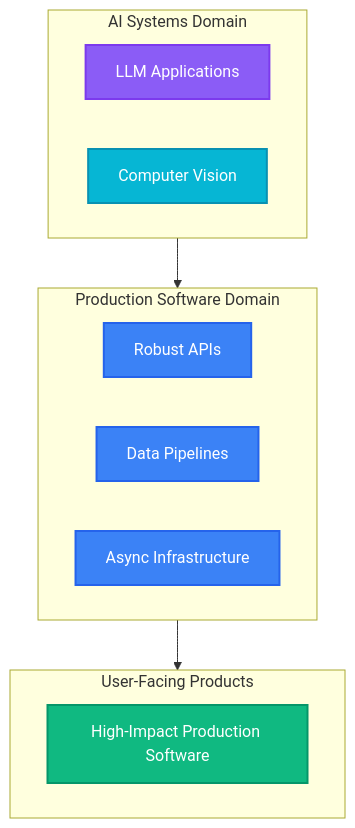
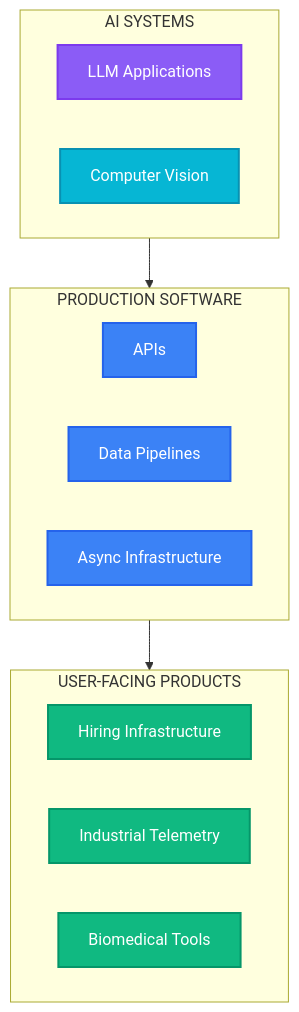
The seventh of 7 diagrams in README.md (Basharameez/my-portfolio), drawn with Mermaid before and after one commit. The commit also changed other lines of this file, not shown here.

Commit message:
feat: mobile app OS inspired colorful AI systems portfolio README

````diff
--- a/README.md
+++ b/README.md
@@ -563,25 +695,27 @@
 ```mermaid
 flowchart TD
     classDef violet fill:#8B5CF6,stroke:#7C3AED,color:#FFFFFF,stroke-width:2px;
     classDef cyan fill:#06B6D4,stroke:#0891B2,color:#FFFFFF,stroke-width:2px;
     classDef blue fill:#3B82F6,stroke:#2563EB,color:#FFFFFF,stroke-width:2px;
     classDef emerald fill:#10B981,stroke:#059669,color:#FFFFFF,stroke-width:2px;
 
-    subgraph AISystems ["AI Systems Domain"]
+    subgraph AI["AI SYSTEMS"]
         A1[LLM Applications]:::violet
         A2[Computer Vision]:::cyan
     end
 
-    subgraph SoftwareProd ["Production Software Domain"]
-        B1[Robust APIs]:::blue
+    subgraph SOFTWARE["PRODUCTION SOFTWARE"]
+        B1[APIs]:::blue
         B2[Data Pipelines]:::blue
         B3[Async Infrastructure]:::blue
     end
 
-    subgraph Products ["User-Facing Products"]
-        C1[High-Impact Production Software]:::emerald
+    subgraph PRODUCTS["USER-FACING PRODUCTS"]
+        C1[Hiring Infrastructure]:::emerald
+        C2[Industrial Telemetry]:::emerald
+        C3[Biomedical Tools]:::emerald
     end
 
-    AISystems --> SoftwareProd
-    SoftwareProd --> Products
+    AI --> SOFTWARE
+    SOFTWARE --> PRODUCTS
 ```
````
